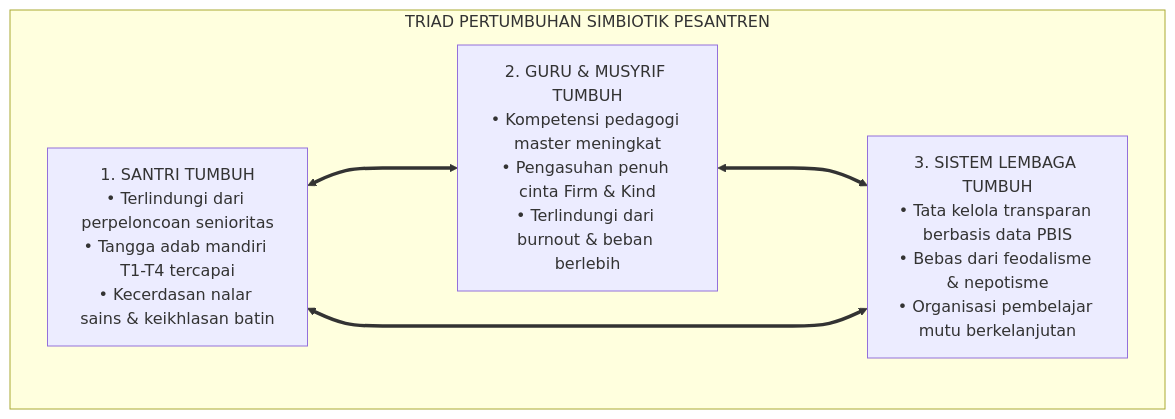
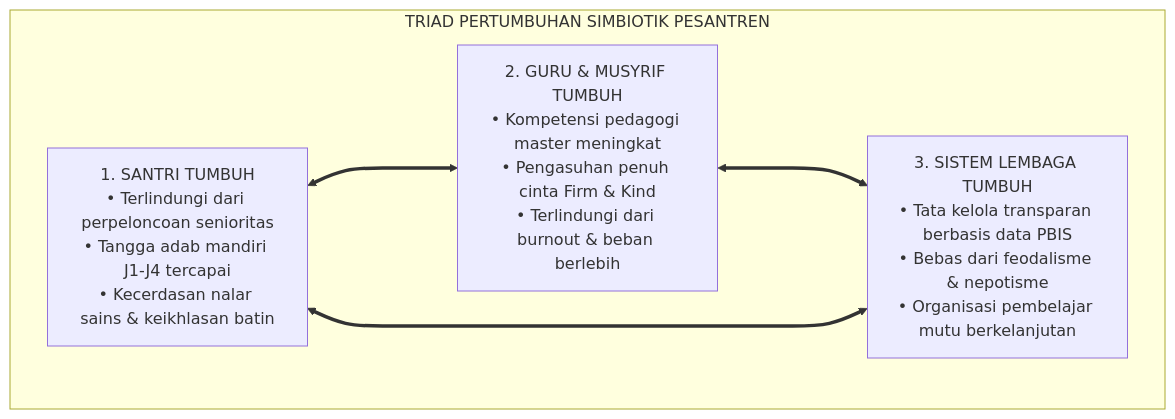
One commit to wandiapriliyandi/tumbuh changed the second of 3 diagrams in 01 Philosophy/01 Worldview/P1-01-Worldview-TUMBUH.md. Above: the diagram before and after it, drawn with Mermaid. The commit also changed other lines of this file and 209 other files, not shown here.

````diff
--- a/01 Philosophy/01 Worldview/P1-01-Worldview-TUMBUH.md
+++ b/01 Philosophy/01 Worldview/P1-01-Worldview-TUMBUH.md
@@ -96,14 +96,14 @@
 ```mermaid
 graph TD
     subgraph TriadPertumbuhanTUMBUH["TRIAD PERTUMBUHAN SIMBIOTIK PESANTREN"]
-        S["1. SANTRI TUMBUH<br/>• Terlindungi dari perpeloncoan senioritas<br/>• Tangga adab mandiri T1-T4 tercapai<br/>• Kecerdasan nalar sains & keikhlasan batin"]
+        S["1. SANTRI TUMBUH<br/>• Terlindungi dari perpeloncoan senioritas<br/>• Tangga adab mandiri J1-J4 tercapai<br/>• Kecerdasan nalar sains & keikhlasan batin"]
         
         G["2. GURU & MUSYRIF TUMBUH<br/>• Kompetensi pedagogi master meningkat<br/>• Pengasuhan penuh cinta Firm & Kind<br/>• Terlindungi dari burnout & beban berlebih"]
         
         L["3. SISTEM LEMBAGA TUMBUH<br/>• Tata kelola transparan berbasis data PBIS<br/>• Bebas dari feodalisme & nepotisme<br/>• Organisasi pembelajar mutu berkelanjutan"]
         
         S <===> G
         G <===> L
         L <===> S
     end
 ```
````
